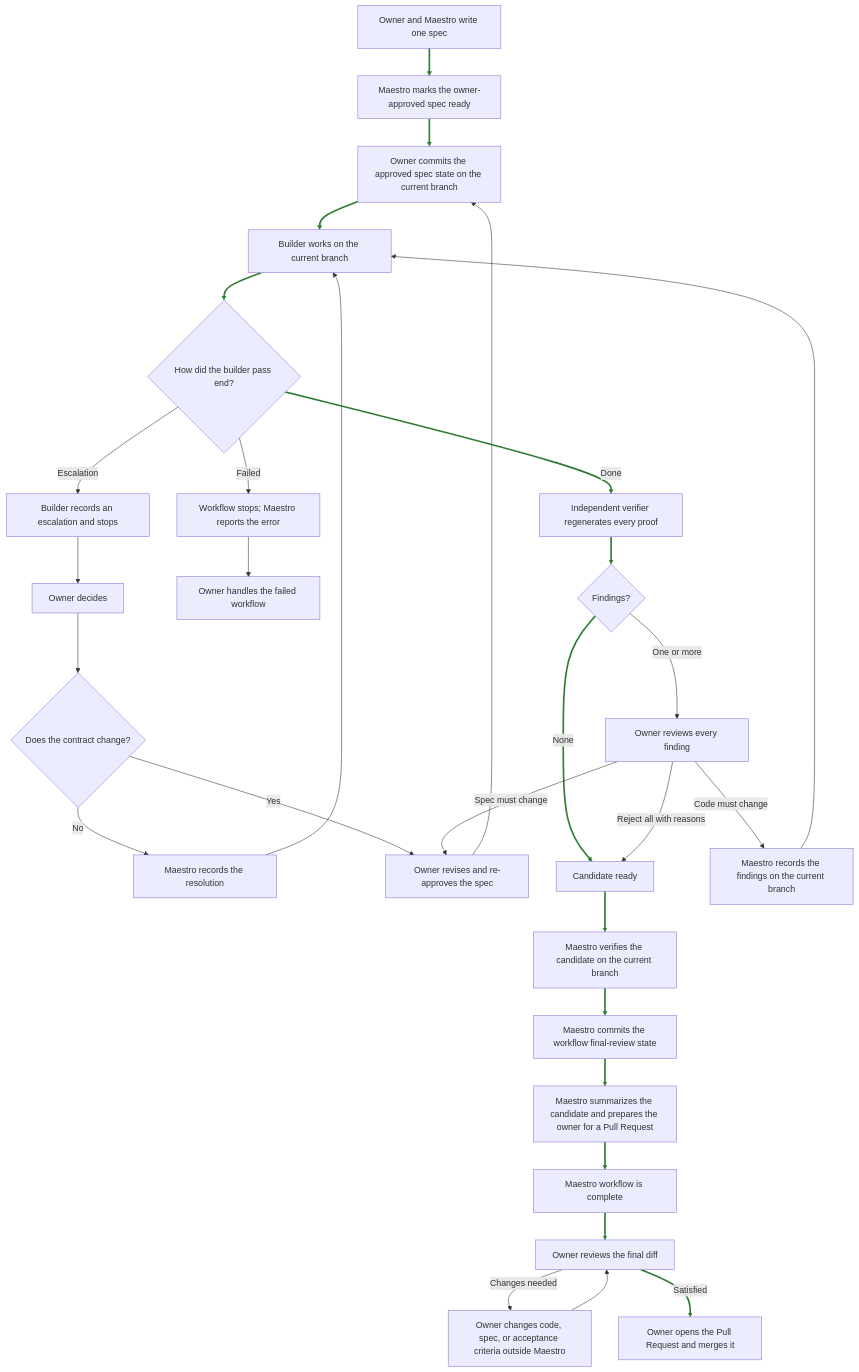
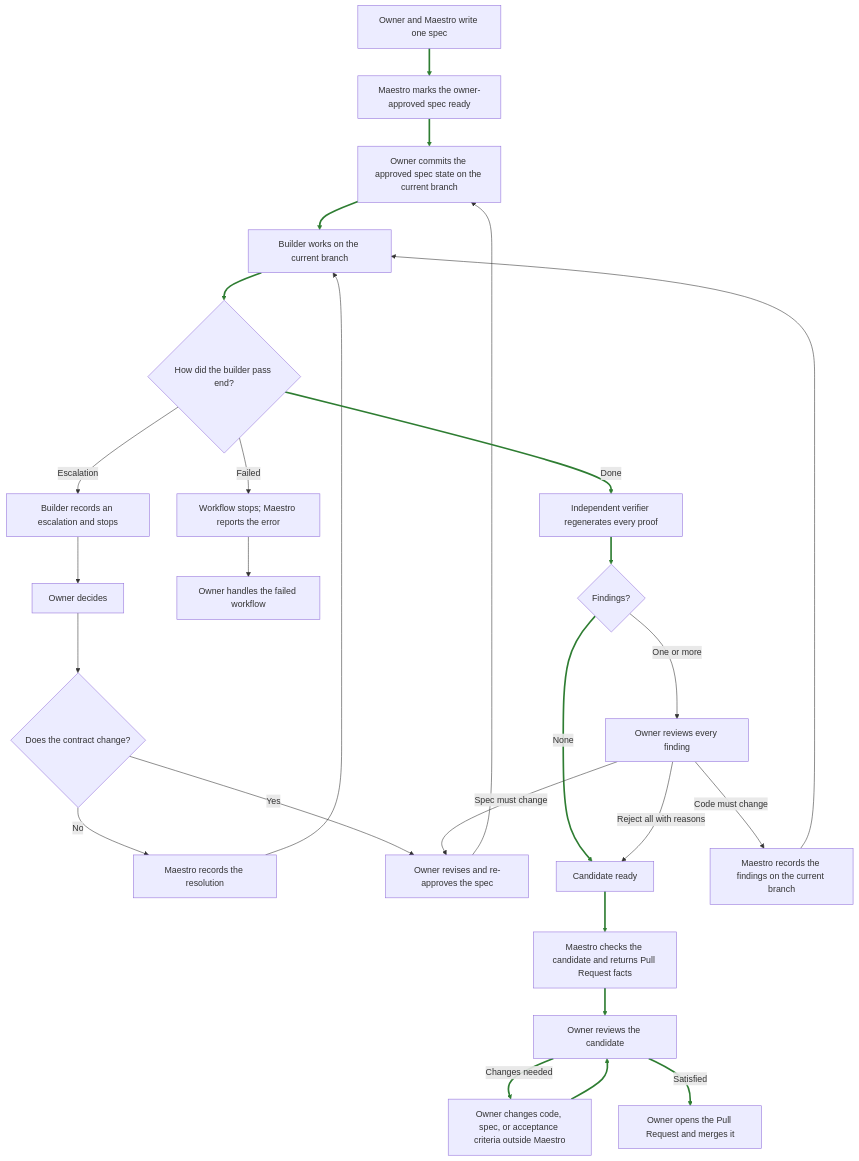
Before and after one commit to emilioSp/pi-maestro: the diagram in plan.md, drawn with Mermaid. The commit also changed other lines of this file and 9 other files, not shown here.

````diff
--- a/plan.md
+++ b/plan.md
@@ -692,48 +691,45 @@
 ```mermaid
 flowchart TD
     spec[Owner and Maestro write one spec]
     ready[Maestro marks the owner-approved spec ready]
     approval[Owner commits the approved spec state on the current branch]
     build[Builder works on the current branch]
     buildOutcome{How did the builder pass end?}
 
     spec --> ready
     ready --> approval
     approval --> build
     build --> buildOutcome
 
     buildOutcome -->|Escalation| escalation[Builder records an escalation and stops]
     escalation --> ownerAnswer[Owner decides]
     ownerAnswer --> escalationOutcome{Does the contract change?}
     escalationOutcome -->|No| recordContinue[Maestro records the resolution]
     recordContinue --> build
     escalationOutcome -->|Yes| reviseSpec[Owner revises and re-approves the spec]
     reviseSpec --> approval
 
     buildOutcome -->|Failed| builderFailed[Workflow stops; Maestro reports the error]
     builderFailed --> manualAbandon[Owner handles the failed workflow]
 
     buildOutcome -->|Done| verify[Independent verifier regenerates every proof]
     verify --> findings{Findings?}
 
     findings -->|None| candidate[Candidate ready]
     findings -->|One or more| ownerFindings[Owner reviews every finding]
 
     ownerFindings -->|Reject all with reasons| candidate
     ownerFindings -->|Code must change| returnBuilder[Maestro records the findings on the current branch]
     returnBuilder --> build
 
     ownerFindings -->|Spec must change| reviseSpec
 
-    candidate --> staged[Maestro verifies the candidate on the current branch]
-    staged --> finalState[Maestro commits the workflow final-review state]
-    finalState --> finalSummary[Maestro summarizes the candidate and prepares the owner for a Pull Request]
-    finalSummary --> workflowDone[Maestro workflow is complete]
-    workflowDone --> humanReview[Owner reviews the final diff]
+    candidate --> checked[Maestro checks the candidate and returns Pull Request facts]
+    checked --> humanReview[Owner reviews the candidate]
 
     humanReview -->|Changes needed| adjust[Owner changes code, spec, or acceptance criteria outside Maestro]
     adjust --> humanReview
     humanReview -->|Satisfied| finalCommit[Owner opens the Pull Request and merges it]
 
-    linkStyle 0,1,2,3,13,14,15,21,22,23,24,25,28 stroke:#2e7d32,stroke-width:3px
+    linkStyle 0,1,2,3,13,14,15,21,22,23,24,25 stroke:#2e7d32,stroke-width:3px
 ```
````
